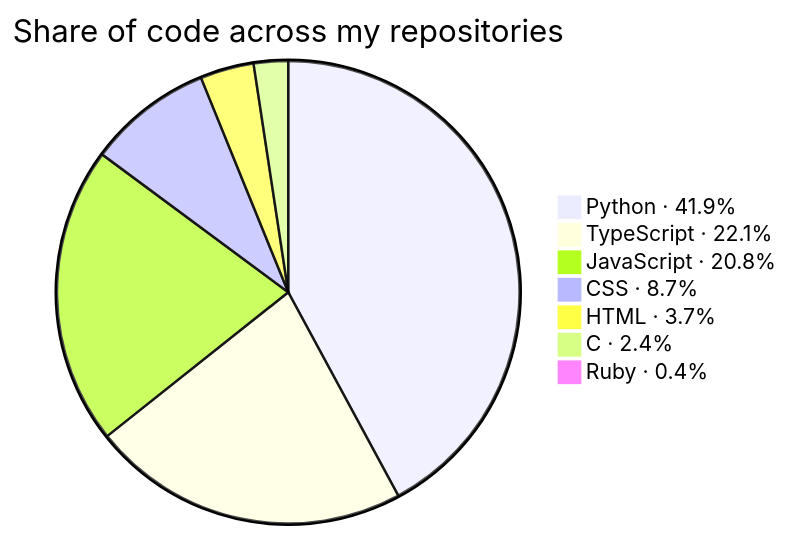
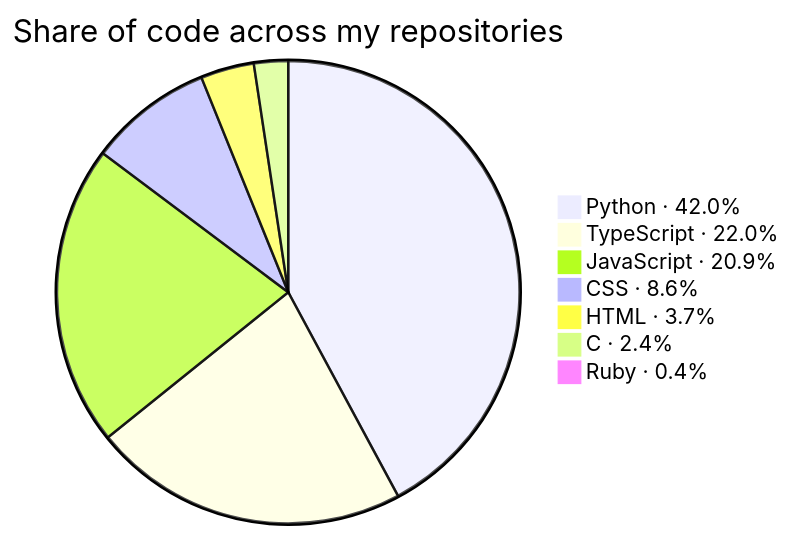
Before and after one commit to KathFK1234/KathFK1234: the second of 3 diagrams in README.md, drawn with Mermaid. The commit also changed other lines of this file and 4 other files, not shown here.

````diff
--- a/README.md
+++ b/README.md
@@ -109,11 +109,11 @@
 ```mermaid
 %%{init: {"themeVariables": {"pieSectionTextSize": "0px"}}}%%
 pie title Share of code across my repositories
-    "Python · 41.9%" : 1100.6
-    "TypeScript · 22.1%" : 580.5
-    "JavaScript · 20.8%" : 544.5
-    "CSS · 8.7%" : 227.5
+    "Python · 42.0%" : 1108.0
+    "TypeScript · 22.0%" : 580.8
+    "JavaScript · 20.9%" : 552.8
+    "CSS · 8.6%" : 227.5
     "HTML · 3.7%" : 98.1
     "C · 2.4%" : 62.7
     "Ruby · 0.4%" : 10.1
 ```
````
